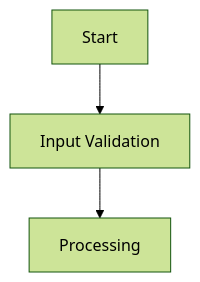
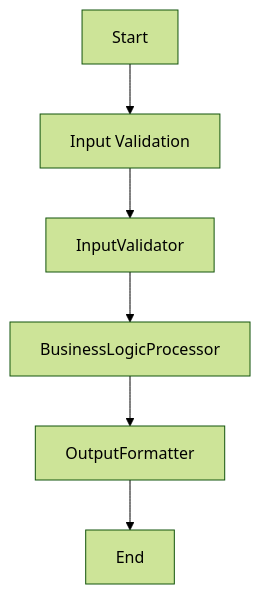
Before and after one commit to pickleton89/agent-os-pocketflow: the diagram in baseline_out/baselineworkflowworkflow/docs/design.md, drawn with Mermaid (forest theme). The commit also changed other lines of this file and 70 other files, not shown here.

````diff
--- a/baseline_out/baselineworkflowworkflow/docs/design.md
+++ b/baseline_out/baselineworkflowworkflow/docs/design.md
@@ -33,5 +33,8 @@
 ```mermaid
 graph TD
     A[Start] --> B[Input Validation]
-    B --> C[Processing]
+    B --> C[InputValidator]
+    C --> D[BusinessLogicProcessor]
+    D --> E[OutputFormatter]
+    E --> Z[End]
 ```
````
